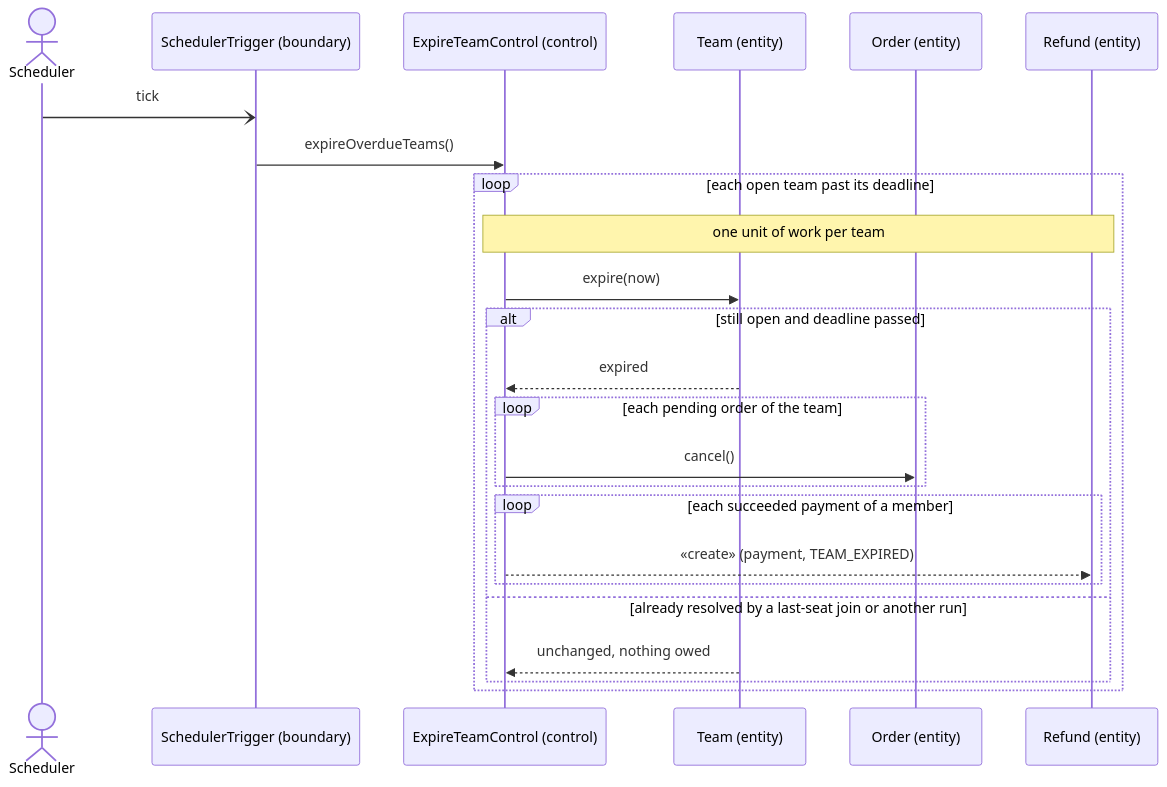
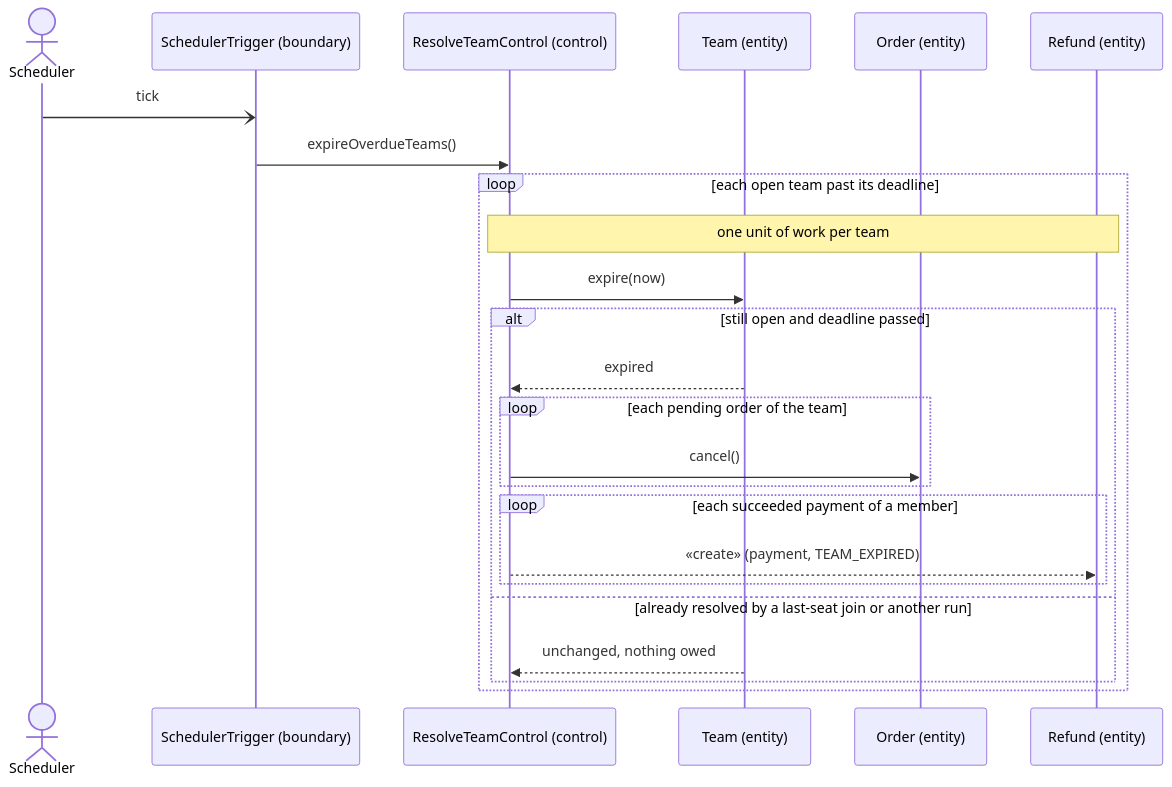
Before and after one commit to PPsyrius/iss-groupbuy-team8: the second of 10 diagrams in docs/swe5006/report/sections/03-4-2-yorik.md, drawn with Mermaid. The commit also changed other lines of this file, not shown here.

First line of the commit message:
docs(report): UC6 analysis models name the expiry control ResolveTeamControl, as UC5 does (#463) [owner: Yorik]

````diff
--- a/docs/swe5006/report/sections/03-4-2-yorik.md
+++ b/docs/swe5006/report/sections/03-4-2-yorik.md
@@ -131,27 +131,27 @@
 ```mermaid
 sequenceDiagram
     actor Clock as Scheduler
     participant Trig as SchedulerTrigger (boundary)
-    participant Ctl as ExpireTeamControl (control)
+    participant Ctl as ResolveTeamControl (control)
     participant Team as Team (entity)
     participant Ord as Order (entity)
     participant Ref as Refund (entity)
 
     Clock-)Trig: tick
     Trig->>Ctl: expireOverdueTeams()
     loop each open team past its deadline
         Note over Ctl,Ref: one unit of work per team
         Ctl->>Team: expire(now)
         alt still open and deadline passed
             Team-->>Ctl: expired
             loop each pending order of the team
                 Ctl->>Ord: cancel()
             end
             loop each succeeded payment of a member
                 Ctl-->>Ref: «create» (payment, TEAM_EXPIRED)
             end
         else already resolved by a last-seat join or another run
             Team-->>Ctl: unchanged, nothing owed
         end
     end
 ```
````
